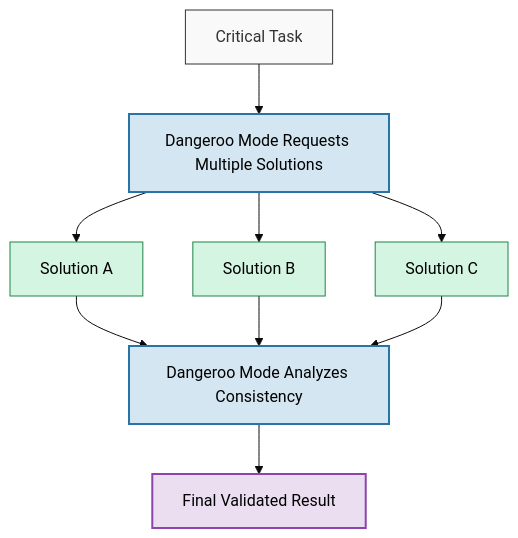
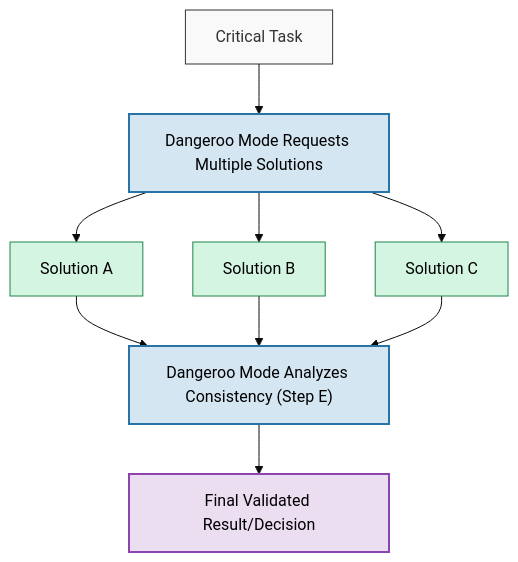
One commit to darrynv/dangeroo changed the fourth of 5 diagrams in README.md. Above: the diagram before and after it, drawn with Mermaid (base theme). The commit also changed other lines of this file and 4 other files, not shown here.

Commit message:
Added in roo-logger, updated Dangeroo (Boomerang) mode with calls in specific instructions to check for DEBUG_MODE=TRUE in ./roo-docs/.env to then invoke logging of tasks

````diff
--- a/README.md
+++ b/README.md
@@ -214,23 +253,23 @@
-```mermaid
-flowchart TD
-    A["Critical Task"] --> B["Dangeroo Mode Requests Multiple Solutions"]
-    
-    B --> C["Solution A"]
-    B --> D["Solution B"]
-    B --> E["Solution C"]
-    
-    C --> F["Dangeroo Mode Analyzes Consistency"]
-    D --> F
-    E --> F
-    
-    F --> G["Final Validated Result"]
-    
-    classDef default fill:#f9f9f9,stroke:#333,stroke-width:1px,color:#333
-    classDef focus fill:#d4e6f1,stroke:#2874a6,stroke-width:2px,color:#000
-    classDef solution fill:#d5f5e3,stroke:#1e8449,stroke-width:1px,color:#000
-    classDef result fill:#ebdef0,stroke:#8e44ad,stroke-width:2px,color:#000
-    
-    class B,F focus
-    class C,D,E solution
-    class G result
-```
+    ```mermaid
+    flowchart TD
+        A["Critical Task"] --> B["Dangeroo Mode Requests Multiple Solutions"]
+
+        B --> C["Solution A"]
+        B --> D["Solution B"]
+        B --> E["Solution C"]
+
+        C --> F["Dangeroo Mode Analyzes Consistency (Step E)"]
+        D --> F
+        E --> F
+
+        F --> G["Final Validated Result/Decision"]
+
+        classDef default fill:#f9f9f9,stroke:#333,stroke-width:1px,color:#333
+        classDef focus fill:#d4e6f1,stroke:#2874a6,stroke-width:2px,color:#000
+        classDef solution fill:#d5f5e3,stroke:#1e8449,stroke-width:1px,color:#000
+        classDef result fill:#ebdef0,stroke:#8e44ad,stroke-width:2px,color:#000
+
+        class B,F focus
+        class C,D,E solution
+        class G result
+    ```
````
